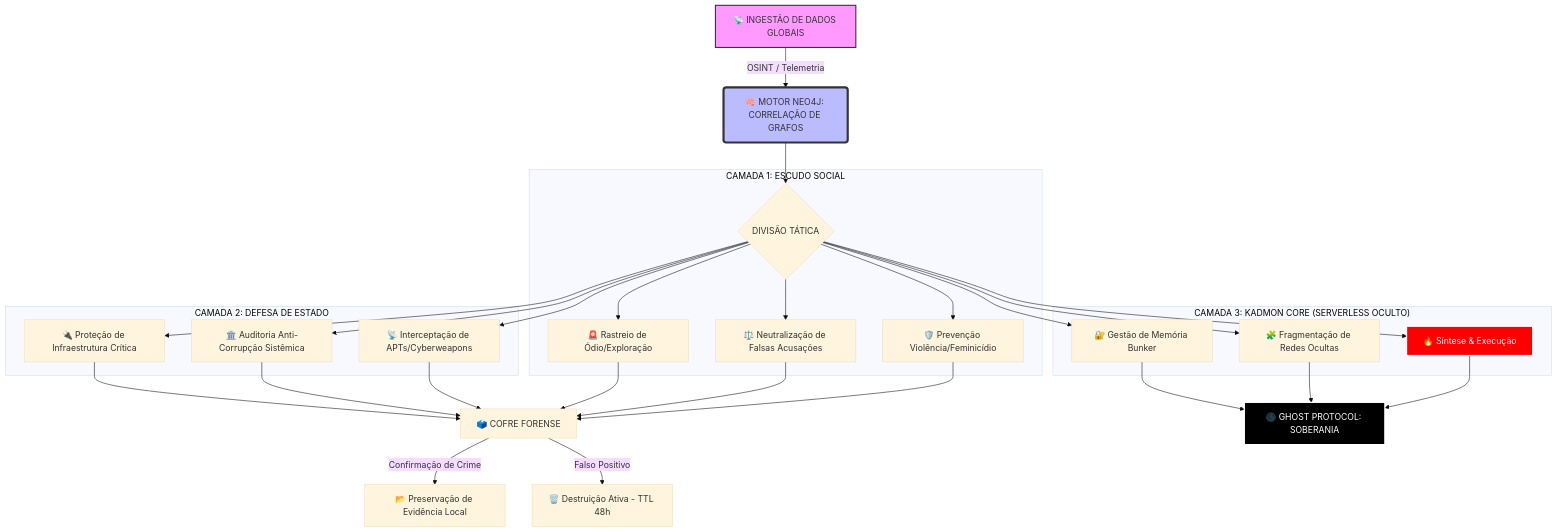
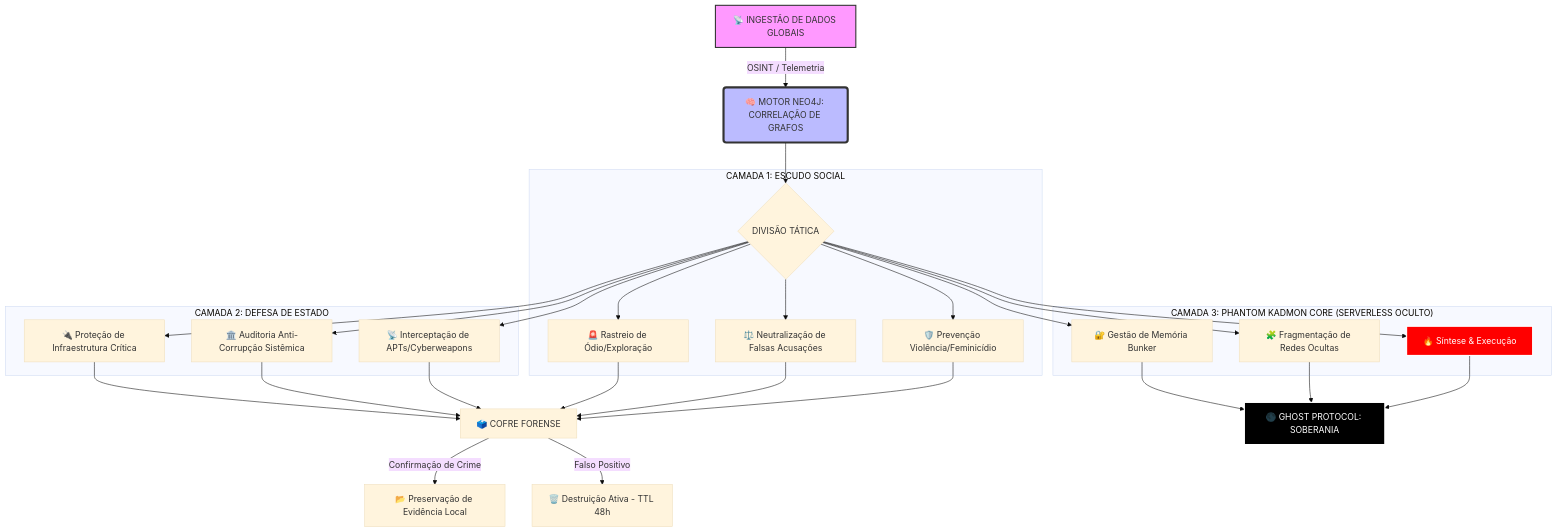
The diagram in README.md (hackimghost/Project-AEGIS), drawn with Mermaid (base theme) before and after one commit. The commit also changed other lines of this file, not shown here.

````diff
--- a/README.md
+++ b/README.md
@@ -61,40 +61,40 @@
 ```mermaid
 graph TD
     %% Entrada e Inteligência de Grafos
     A["📡 INGESTÃO DE DADOS GLOBAIS"] -->|"OSINT / Telemetria"| B("🧠 MOTOR NEO4J: CORRELAÇÃO DE GRAFOS")
     
     %% Divisão
     B --> C{"DIVISÃO TÁTICA"}
     
     subgraph "CAMADA 1: ESCUDO SOCIAL"
     C --> C1["🛡️ Prevenção Violência/Feminicídio"]
     C --> C2["⚖️ Neutralização de Falsas Acusações"]
     C --> C3["🚨 Rastreio de Ódio/Exploração"]
     end
     
     subgraph "CAMADA 2: DEFESA DE ESTADO"
     C --> D1["📡 Interceptação de APTs/Cyberweapons"]
     C --> D2["🏛️ Auditoria Anti-Corrupção Sistêmica"]
     C --> D3["🔌 Proteção de Infraestrutura Crítica"]
     end
     
-    subgraph "CAMADA 3: KADMON CORE (SERVERLESS OCULTO)"
+    subgraph "CAMADA 3: PHANTOM KADMON CORE (SERVERLESS OCULTO)"
     C --> E1["🔥 Síntese & Execução"]
     C --> E2["🧩 Fragmentação de Redes Ocultas"]
     C --> E3["🔐 Gestão de Memória Bunker"]
     end
     
     %% Saída e Forense
     C1 & C2 & C3 & D1 & D2 & D3 --> F["🗳️ COFRE FORENSE"]
     F -->|"Confirmação de Crime"| F1["📂 Preservação de Evidência Local"]
     F -->|"Falso Positivo"| F2["🗑️ Destruição Ativa - TTL 48h"]
     
     E1 & E2 & E3 --> G["🌑 GHOST PROTOCOL: SOBERANIA"]
     
     %% Estilização
     style A fill:#f9f,stroke:#333,stroke-width:2px
     style B fill:#bbf,stroke:#333,stroke-width:4px
     style E1 fill:#f00,stroke:#fff,stroke-width:2px,color:#fff
     style G fill:#000,stroke:#fff,stroke-width:2px,color:#fff
 
 ```
````
